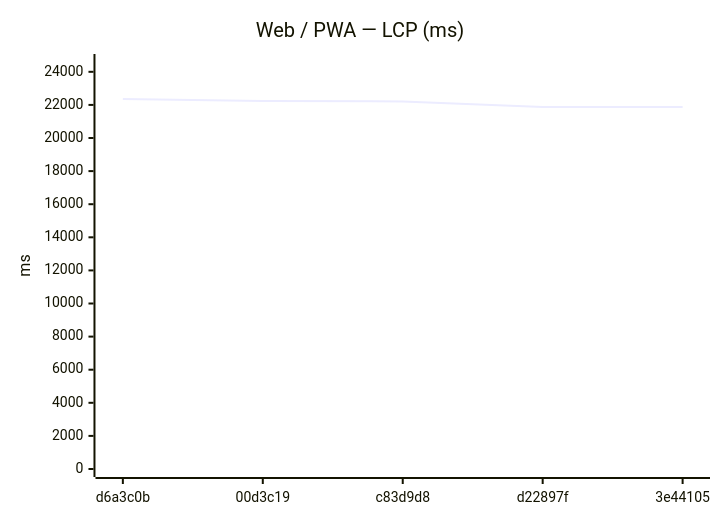
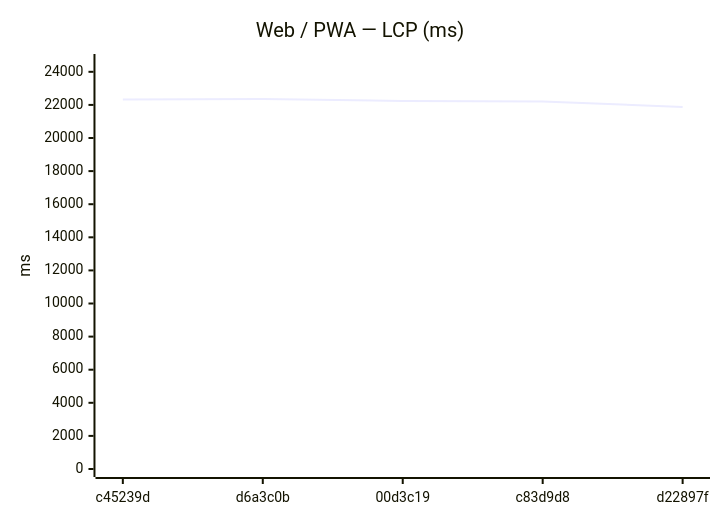
Before and after one commit to Metaheurist/Rianell: the seventh of 18 diagrams in benchmarks/compare.md, drawn with Mermaid. The commit also changed other lines of this file and 11 other files, not shown here.

````diff
--- a/benchmarks/compare.md
+++ b/benchmarks/compare.md
@@ -117,7 +117,7 @@
 ```mermaid
 xychart-beta
     title "Web / PWA — LCP (ms)"
-    x-axis ["d6a3c0b", "00d3c19", "c83d9d8", "d22897f", "3e44105"]
+    x-axis ["c45239d", "d6a3c0b", "00d3c19", "c83d9d8", "d22897f"]
     y-axis "ms" 0 --> 24593
-    line [22357, 22240, 22209, 21878, 21870]
+    line [22326, 22357, 22240, 22209, 21878]
 ```
````
